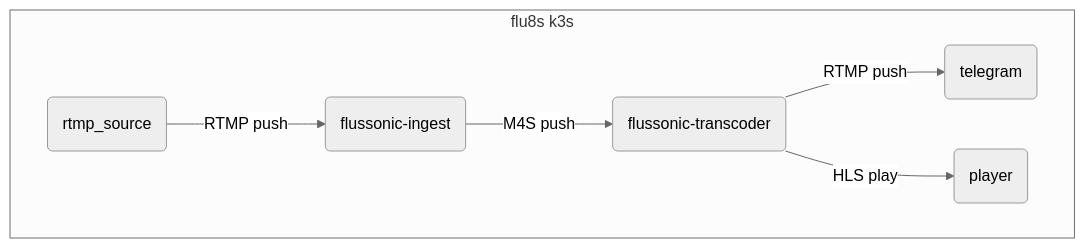
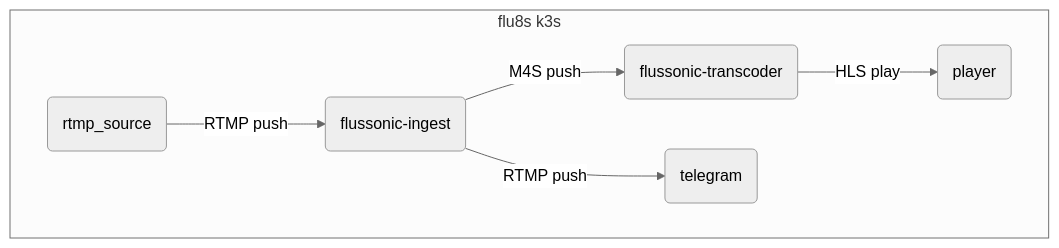
One commit to makaroshkj/flu8s changed the diagram in README.md. Above: the diagram before and after it, drawn with Mermaid (neutral theme).

Commit message:
fix video pipeline README.md

````diff
--- a/README.md
+++ b/README.md
@@ -12,15 +12,15 @@
 ```mermaid
 flowchart LR
 subgraph flu8s k3s
 direction LR
     rtmp_source(rtmp_source);
     ingest(flussonic-ingest);
     transcoder(flussonic-transcoder);
     play(player);
     telegram(telegram);
     rtmp_source-->|RTMP push|ingest;
     ingest-->|M4S push|transcoder;
-    transcoder-->|RTMP push|telegram;
+    ingest-->|RTMP push|telegram;
     transcoder-->|HLS play|play
 end
 ```
````
